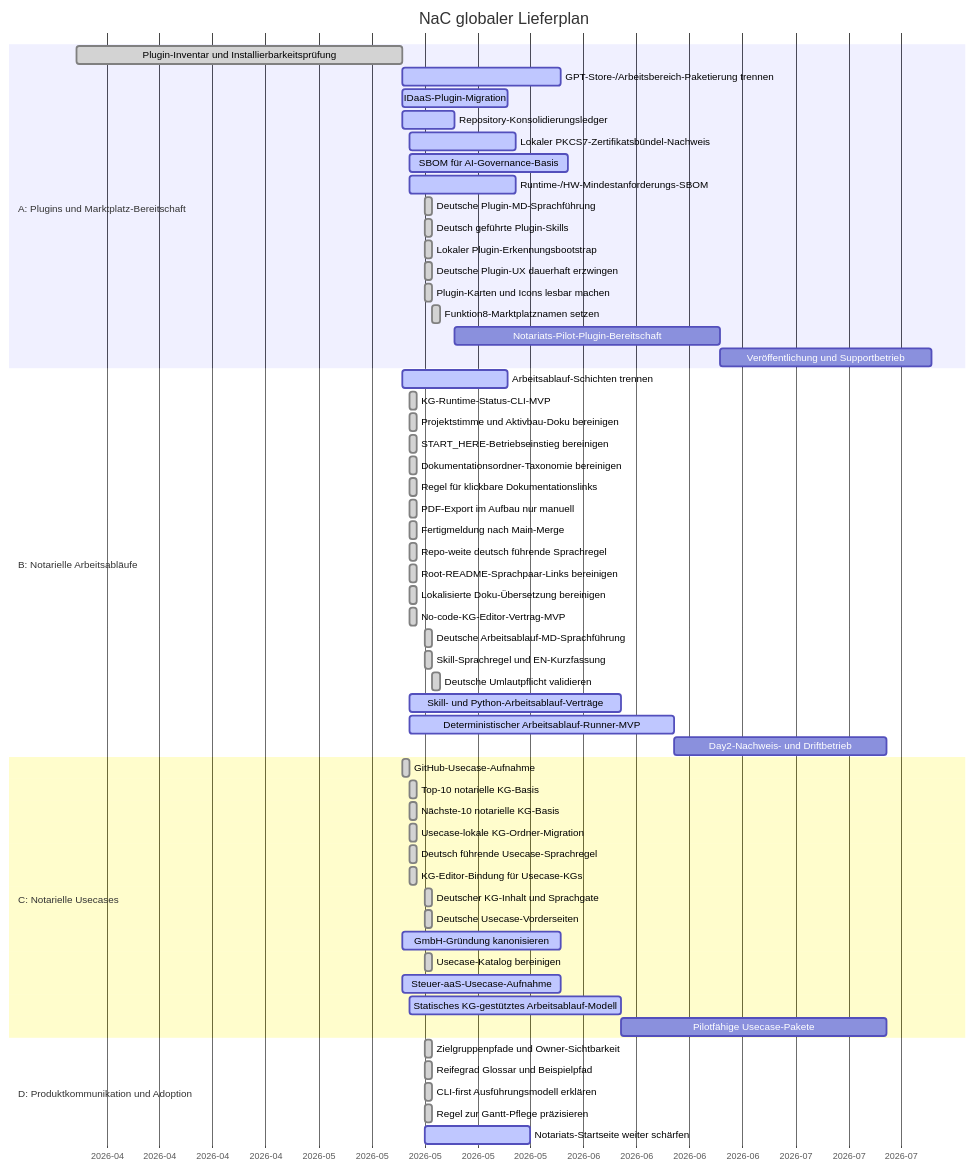
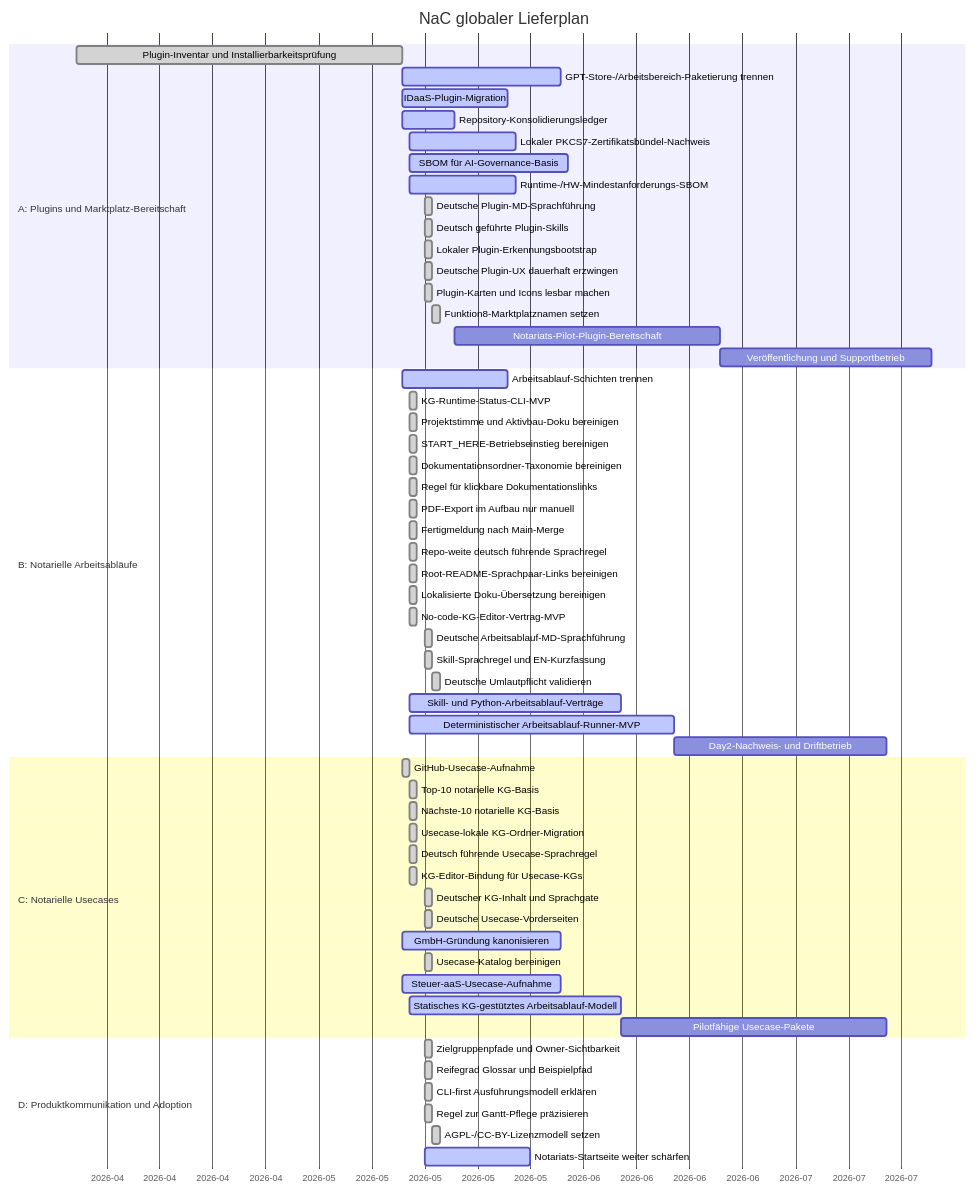
Before and after one commit to notariat8/NaC: the diagram in roadmap/GANTT.md, drawn with Mermaid. The commit also changed other lines of this file and 30 other files, not shown here.

````diff
--- a/roadmap/GANTT.md
+++ b/roadmap/GANTT.md
@@ -14,65 +14,66 @@
 ```mermaid
 gantt
     title NaC globaler Lieferplan
     dateFormat  YYYY-MM-DD
     axisFormat  %Y-%m
 
     section A: Plugins und Marktplatz-Bereitschaft
     Plugin-Inventar und Installierbarkeitsprüfung :done, a1, 2026-04-01, 2026-05-14
     GPT-Store-/Arbeitsbereich-Paketierung trennen :active, a2, 2026-05-14, 21d
     IDaaS-Plugin-Migration                       :active,  a3, 2026-05-14, 14d
     Repository-Konsolidierungsledger             :active,  a4, 2026-05-14, 7d
     Lokaler PKCS7-Zertifikatsbündel-Nachweis    :active,  a4a, 2026-05-15, 14d
     SBOM für AI-Governance-Basis                :active,  a4b, 2026-05-15, 21d
     Runtime-/HW-Mindestanforderungs-SBOM         :active,  a4c, 2026-05-15, 14d
     Deutsche Plugin-MD-Sprachführung            :done,    a4d, 2026-05-17, 1d
     Deutsch geführte Plugin-Skills              :done,    a4e, 2026-05-17, 1d
     Lokaler Plugin-Erkennungsbootstrap           :done,    a4f, 2026-05-17, 1d
     Deutsche Plugin-UX dauerhaft erzwingen       :done,    a4g, 2026-05-17, 1d
     Plugin-Karten und Icons lesbar machen        :done,    a4h, 2026-05-17, 1d
     Funktion8-Marktplatznamen setzen             :done,    a4i, 2026-05-18, 1d
     Notariats-Pilot-Plugin-Bereitschaft          :         a5, after a4, 35d
     Veröffentlichung und Supportbetrieb         :         a6, after a5, 28d
 
     section B: Notarielle Arbeitsabläufe
     Arbeitsablauf-Schichten trennen              :active,  b1, 2026-05-14, 14d
     KG-Runtime-Status-CLI-MVP                    :done,    b1a, 2026-05-15, 1d
     Projektstimme und Aktivbau-Doku bereinigen   :done,    b1b, 2026-05-15, 1d
     START_HERE-Betriebseinstieg bereinigen       :done,    b1c, 2026-05-15, 1d
     Dokumentationsordner-Taxonomie bereinigen    :done,    b1d, 2026-05-15, 1d
     Regel für klickbare Dokumentationslinks     :done,    b1e, 2026-05-15, 1d
     PDF-Export im Aufbau nur manuell             :done,    b1f, 2026-05-15, 1d
     Fertigmeldung nach Main-Merge                :done,    b1g, 2026-05-15, 1d
     Repo-weite deutsch führende Sprachregel     :done,    b1h, 2026-05-15, 1d
     Root-README-Sprachpaar-Links bereinigen      :done,    b1i, 2026-05-15, 1d
     Lokalisierte Doku-Übersetzung bereinigen    :done,    b1j, 2026-05-15, 1d
     No-code-KG-Editor-Vertrag-MVP                :done,    b1k, 2026-05-15, 1d
     Deutsche Arbeitsablauf-MD-Sprachführung     :done,    b1l, 2026-05-17, 1d
     Skill-Sprachregel und EN-Kurzfassung         :done,    b1m, 2026-05-17, 1d
     Deutsche Umlautpflicht validieren            :done,    b1n, 2026-05-18, 1d
     Skill- und Python-Arbeitsablauf-Verträge    :active,  b2, 2026-05-15, 28d
     Deterministischer Arbeitsablauf-Runner-MVP   :active,  b3, 2026-05-15, 35d
     Day2-Nachweis- und Driftbetrieb              :         b4, after b3, 28d
 
     section C: Notarielle Usecases
     GitHub-Usecase-Aufnahme                      :done,    c1, 2026-05-14, 1d
     Top-10 notarielle KG-Basis                   :done,    c2, 2026-05-15, 1d
     Nächste-10 notarielle KG-Basis              :done,    c3, 2026-05-15, 1d
     Usecase-lokale KG-Ordner-Migration           :done,    c3a, 2026-05-15, 1d
     Deutsch führende Usecase-Sprachregel        :done,    c3b, 2026-05-15, 1d
     KG-Editor-Bindung für Usecase-KGs           :done,    c3c, 2026-05-15, 1d
     Deutscher KG-Inhalt und Sprachgate           :done,    c3d, 2026-05-17, 1d
     Deutsche Usecase-Vorderseiten                :done,    c3e, 2026-05-17, 1d
     GmbH-Gründung kanonisieren                  :active,  c4, 2026-05-14, 21d
     Usecase-Katalog bereinigen                 :done,    c5, 2026-05-17, 1d
     Steuer-aaS-Usecase-Aufnahme                  :active,  c6, 2026-05-14, 21d
     Statisches KG-gestütztes Arbeitsablauf-Modell :active, c7, 2026-05-15, 28d
     Pilotfähige Usecase-Pakete                  :         c8, after c7, 35d
 
     section D: Produktkommunikation und Adoption
     Zielgruppenpfade und Owner-Sichtbarkeit      :done,    d1, 2026-05-17, 1d
     Reifegrad Glossar und Beispielpfad           :done,    d1a, 2026-05-17, 1d
     CLI-first Ausführungsmodell erklären       :done,    d1b, 2026-05-17, 1d
     Regel zur Gantt-Pflege präzisieren         :done,    d1c, 2026-05-17, 1d
+    AGPL-/CC-BY-Lizenzmodell setzen              :done,    d1d, 2026-05-18, 1d
     Notariats-Startseite weiter schärfen        :active,  d2, 2026-05-17, 14d
 ```
````
